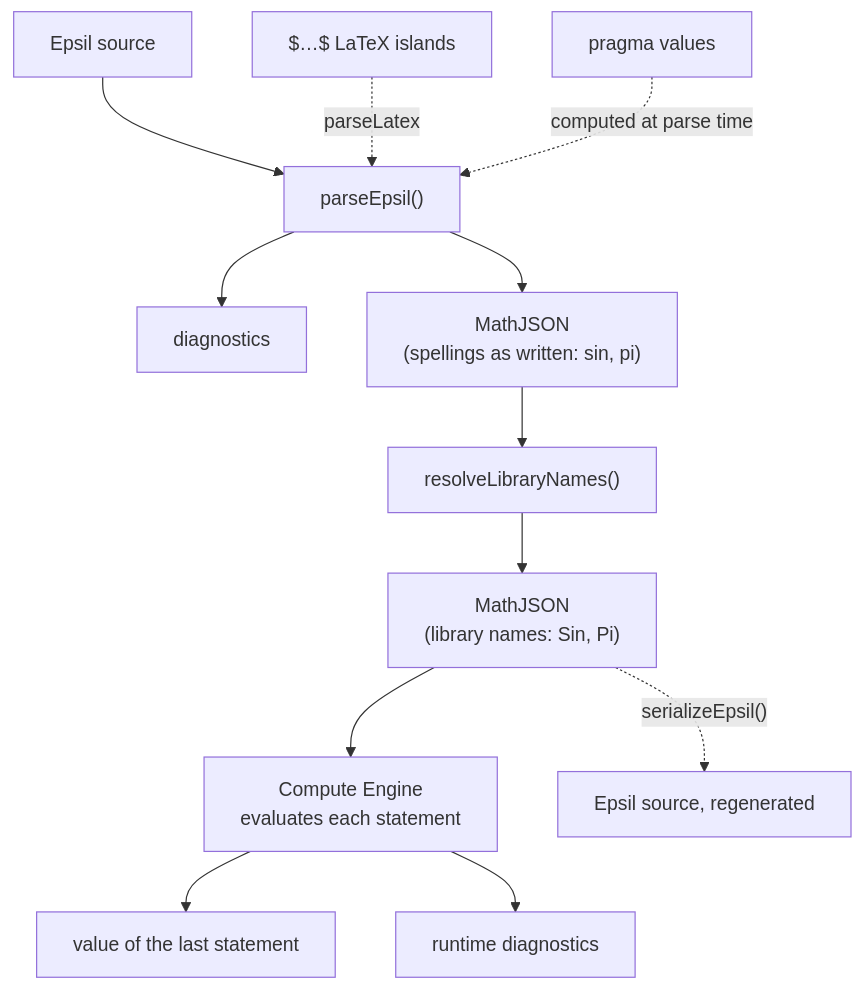
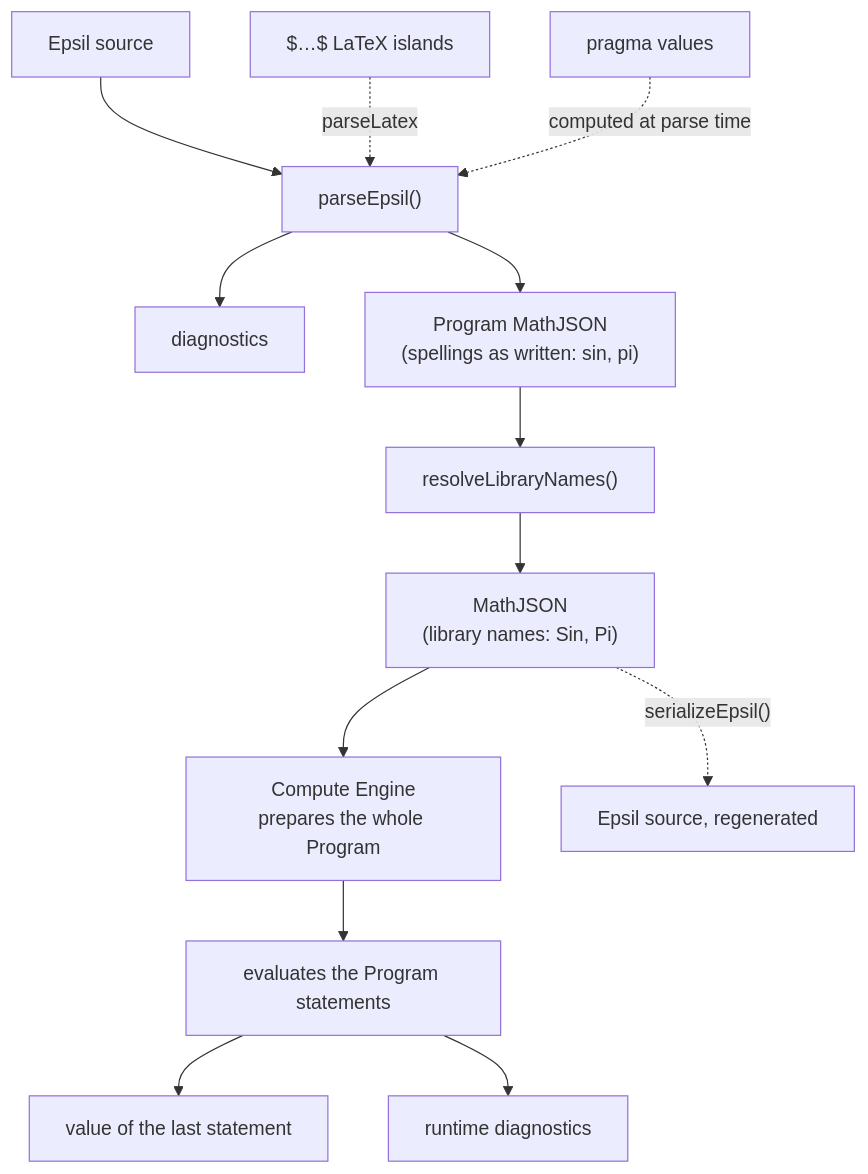
The diagram in src/epsil/docs/implementation.md (cortex-js/compute-engine), drawn with Mermaid before and after one commit. The commit also changed other lines of this file and 743 other files, not shown here.

Commit message:
Consolidate Program preparation and read-only diagnostic flow

````diff
--- a/src/epsil/docs/implementation.md
+++ b/src/epsil/docs/implementation.md
@@ -24,14 +24,15 @@
 ```mermaid
 flowchart TD
   src["Epsil source"] --> parse["parseEpsil()"]
   latex["$…$ LaTeX islands"] -. "parseLatex" .-> parse
   pragmas["pragma values"] -. "computed at parse time" .-> parse
   parse --> diag1["diagnostics"]
-  parse --> json["MathJSON<br/>(spellings as written: sin, pi)"]
+  parse --> json["Program MathJSON<br/>(spellings as written: sin, pi)"]
   json --> resolve["resolveLibraryNames()"]
   resolve --> bound["MathJSON<br/>(library names: Sin, Pi)"]
-  bound --> ce["Compute Engine<br/>evaluates each statement"]
+  bound --> canonical["Compute Engine<br/>prepares the whole Program"]
+  canonical --> ce["evaluates the Program statements"]
   ce --> value["value of the last statement"]
   ce --> diag2["runtime diagnostics"]
   bound -. "serializeEpsil()" .-> out["Epsil source, regenerated"]
 ```
````
